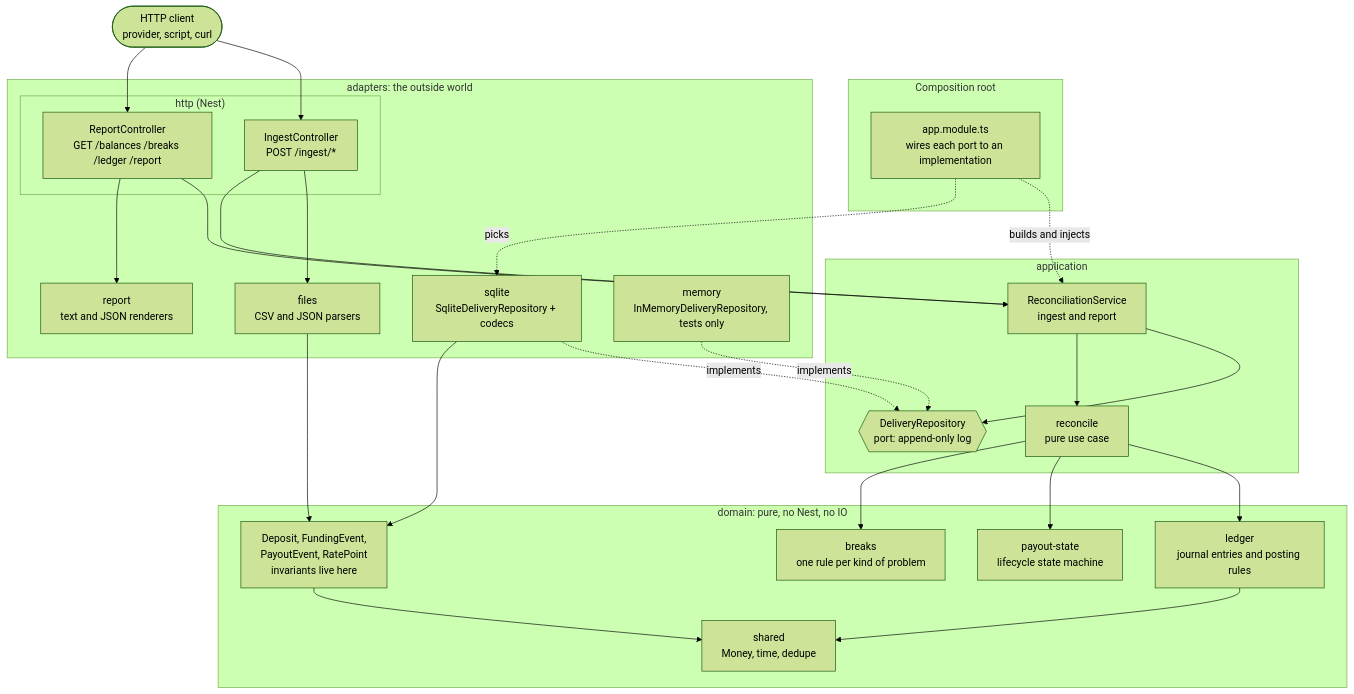
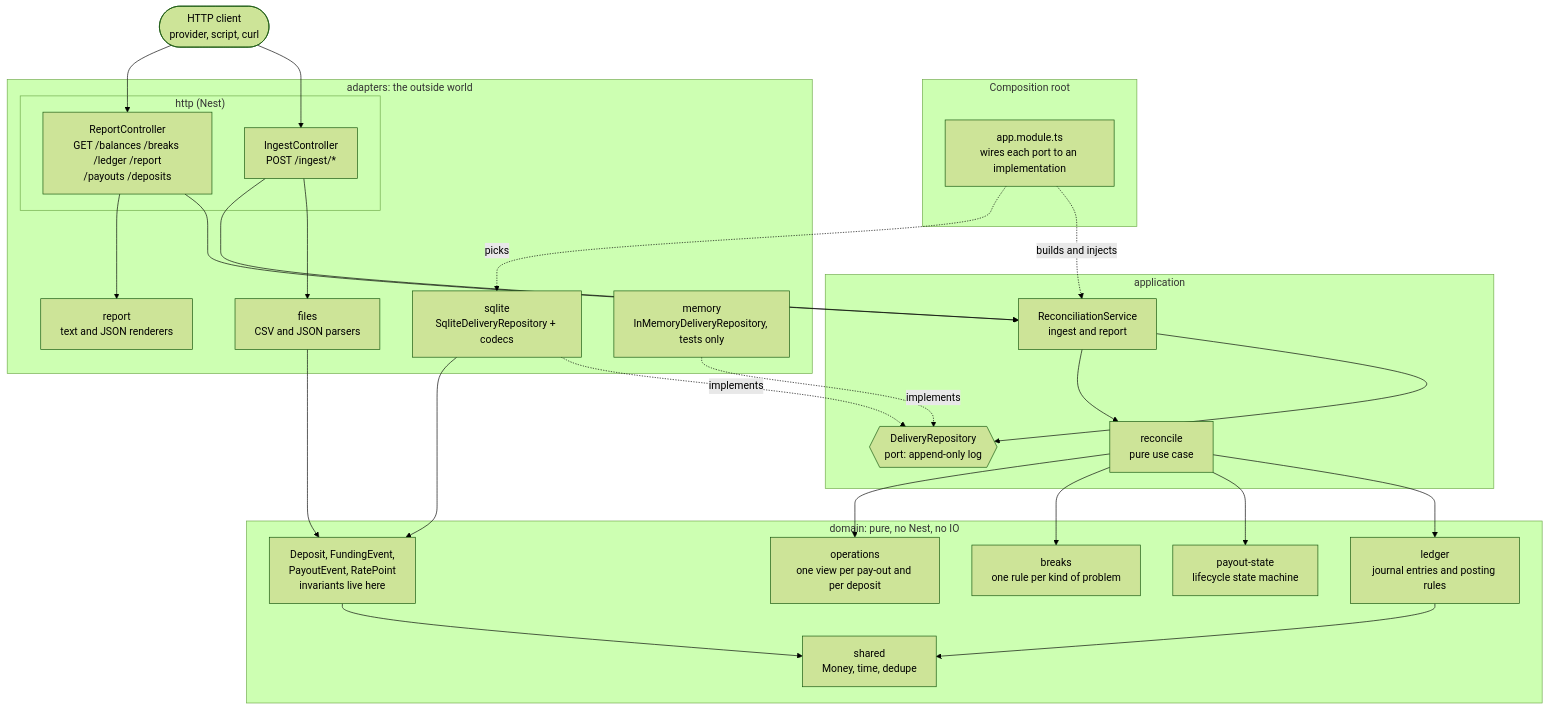
Before and after one commit to runscible/rampa: the diagram in ARCHITECTURE.md, drawn with Mermaid (forest theme). The commit also changed other lines of this file and 10 other files, not shown here.

Commit message:
feat: expose one view per pay-out and per deposit with its full history

````diff
--- a/ARCHITECTURE.md
+++ b/ARCHITECTURE.md
@@ -7,53 +7,55 @@
 ```mermaid
 flowchart TB
     client(["HTTP client<br/>provider, script, curl"])
 
     subgraph root["Composition root"]
         module["app.module.ts<br/>wires each port to an implementation"]
     end
 
     subgraph adapters["adapters: the outside world"]
         subgraph http["http (Nest)"]
             ingestCtl["IngestController<br/>POST /ingest/*"]
-            reportCtl["ReportController<br/>GET /balances /breaks /ledger /report"]
+            reportCtl["ReportController<br/>GET /balances /breaks /ledger /report<br/>/payouts /deposits"]
         end
         files["files<br/>CSV and JSON parsers"]
         render["report<br/>text and JSON renderers"]
         sqlite["sqlite<br/>SqliteDeliveryRepository + codecs"]
         memory["memory<br/>InMemoryDeliveryRepository, tests only"]
     end
 
     subgraph application["application"]
         service["ReconciliationService<br/>ingest and report"]
         port{{"DeliveryRepository<br/>port: append-only log"}}
         reconcile["reconcile<br/>pure use case"]
     end
 
     subgraph domain["domain: pure, no Nest, no IO"]
         entities["Deposit, FundingEvent,<br/>PayoutEvent, RatePoint<br/>invariants live here"]
         ledger["ledger<br/>journal entries and posting rules"]
         payouts["payout-state<br/>lifecycle state machine"]
         breaks["breaks<br/>one rule per kind of problem"]
+        operations["operations<br/>one view per pay-out and per deposit"]
         shared["shared<br/>Money, time, dedupe"]
     end
 
     client --> ingestCtl
     client --> reportCtl
     ingestCtl --> files
     ingestCtl --> service
     reportCtl --> service
     reportCtl --> render
     files --> entities
     service --> port
     service --> reconcile
     reconcile --> ledger
     reconcile --> payouts
     reconcile --> breaks
+    reconcile --> operations
     ledger --> shared
     entities --> shared
     sqlite -. implements .-> port
     memory -. implements .-> port
     sqlite --> entities
     module -. builds and injects .-> service
     module -. picks .-> sqlite
 ```
````
